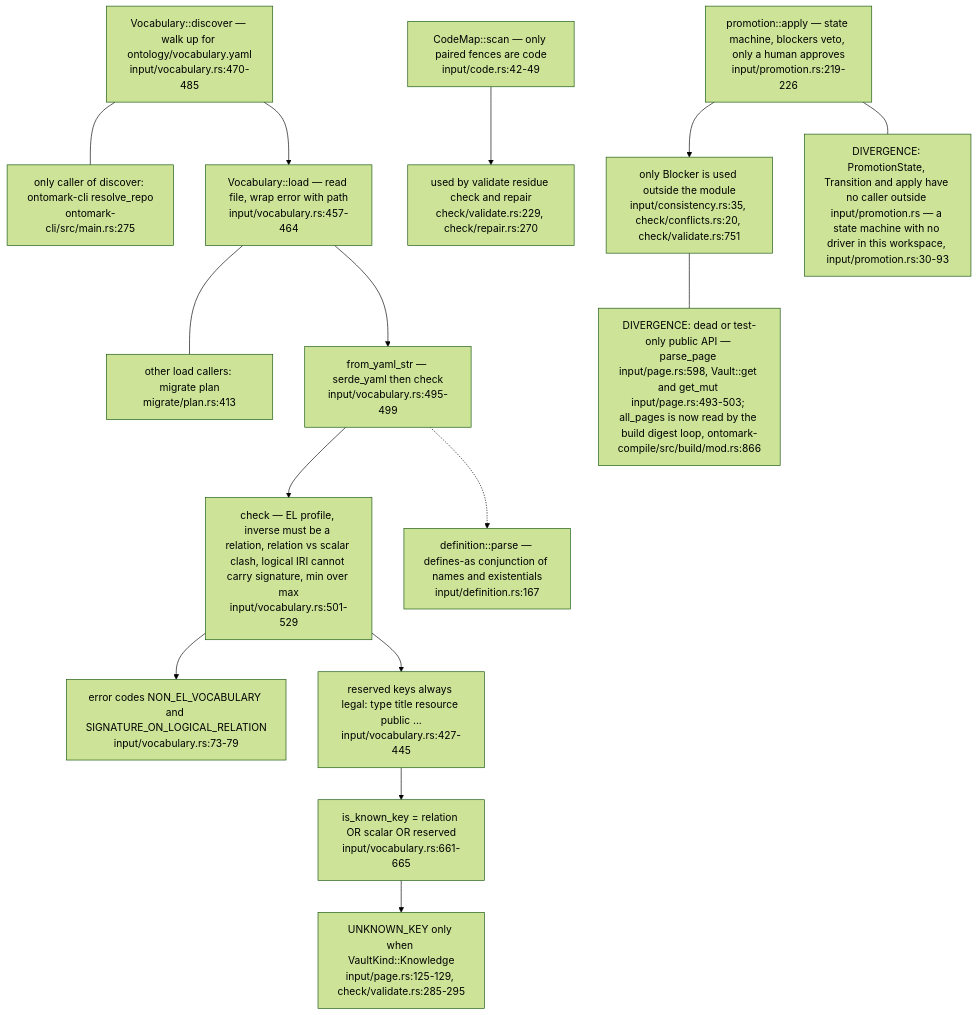
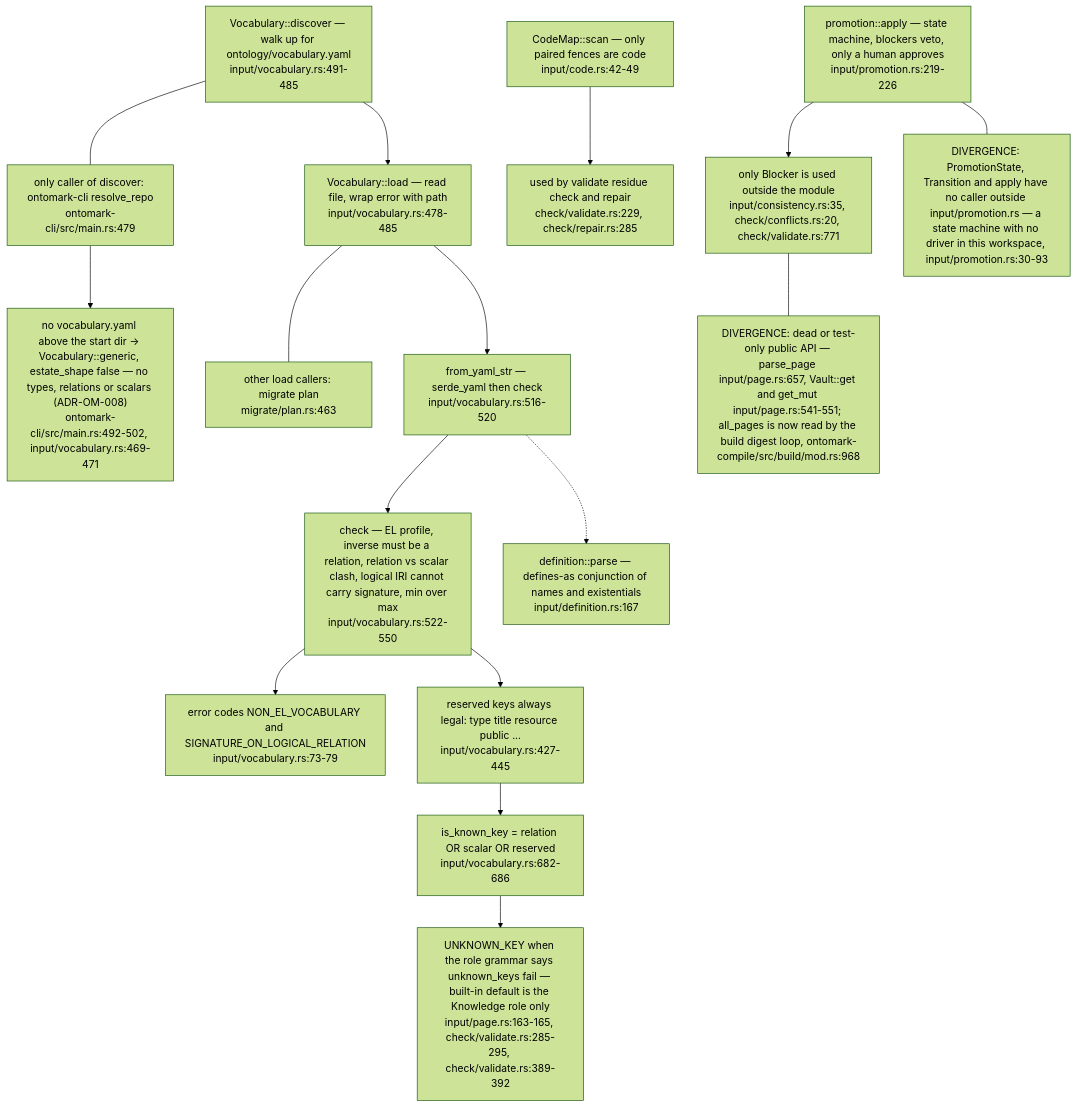
The sixth of 6 diagrams in docs/diagrams/ontomark/01-input-layer-vault-pages-and-gates.md (DreamLab-AI/VisionFlow), drawn with Mermaid (forest theme) before and after one commit. The commit also changed other lines of this file and 160 other files, not shown here.

````diff
--- a/docs/diagrams/ontomark/01-input-layer-vault-pages-and-gates.md
+++ b/docs/diagrams/ontomark/01-input-layer-vault-pages-and-gates.md
@@ -235,29 +243,31 @@
 ```mermaid
 flowchart TD
-    DISC["Vocabulary::discover — walk up for ontology/vocabulary.yaml<br/>input/vocabulary.rs:470-485"]
-    CLIUSE["only caller of discover: ontomark-cli resolve_repo<br/>ontomark-cli/src/main.rs:275"]
-    LOADV["Vocabulary::load — read file, wrap error with path<br/>input/vocabulary.rs:457-464"]
-    LOADERS["other load callers: migrate plan<br/>migrate/plan.rs:413"]
-    FROMYAML["from_yaml_str — serde_yaml then check<br/>input/vocabulary.rs:495-499"]
-    CHECK["check — EL profile, inverse must be a relation, relation vs scalar clash, logical IRI cannot carry signature, min over max<br/>input/vocabulary.rs:501-529"]
+    DISC["Vocabulary::discover — walk up for ontology/vocabulary.yaml<br/>input/vocabulary.rs:491-485"]
+    CLIUSE["only caller of discover: ontomark-cli resolve_repo<br/>ontomark-cli/src/main.rs:479"]
+    GENERIC["no vocabulary.yaml above the start dir → Vocabulary::generic, estate_shape false — no types, relations or scalars (ADR-OM-008)<br/>ontomark-cli/src/main.rs:492-502, input/vocabulary.rs:469-471"]
+    LOADV["Vocabulary::load — read file, wrap error with path<br/>input/vocabulary.rs:478-485"]
+    LOADERS["other load callers: migrate plan<br/>migrate/plan.rs:463"]
+    FROMYAML["from_yaml_str — serde_yaml then check<br/>input/vocabulary.rs:516-520"]
+    CHECK["check — EL profile, inverse must be a relation, relation vs scalar clash, logical IRI cannot carry signature, min over max<br/>input/vocabulary.rs:522-550"]
     NONEL["error codes NON_EL_VOCABULARY and SIGNATURE_ON_LOGICAL_RELATION<br/>input/vocabulary.rs:73-79"]
     RESERVED["reserved keys always legal: type title resource public ...<br/>input/vocabulary.rs:427-445"]
-    KNOWN["is_known_key = relation OR scalar OR reserved<br/>input/vocabulary.rs:661-665"]
-    STRICT["UNKNOWN_KEY only when VaultKind::Knowledge<br/>input/page.rs:125-129, check/validate.rs:285-295"]
+    KNOWN["is_known_key = relation OR scalar OR reserved<br/>input/vocabulary.rs:682-686"]
+    STRICT["UNKNOWN_KEY when the role grammar says unknown_keys fail — built-in default is the Knowledge role only<br/>input/page.rs:163-165, check/validate.rs:285-295, check/validate.rs:389-392"]
     DEFN["definition::parse — defines-as conjunction of names and existentials<br/>input/definition.rs:167"]
     CODE["CodeMap::scan — only paired fences are code<br/>input/code.rs:42-49"]
-    CODEUSE["used by validate residue check and repair<br/>check/validate.rs:229, check/repair.rs:270"]
+    CODEUSE["used by validate residue check and repair<br/>check/validate.rs:229, check/repair.rs:285"]
     PROMO["promotion::apply — state machine, blockers veto, only a human approves<br/>input/promotion.rs:219-226"]
-    PROMOUSE["only Blocker is used outside the module<br/>input/consistency.rs:35, check/conflicts.rs:20, check/validate.rs:751"]
+    PROMOUSE["only Blocker is used outside the module<br/>input/consistency.rs:35, check/conflicts.rs:20, check/validate.rs:771"]
     DISC --> LOADV --> FROMYAML --> CHECK --> NONEL
     DISC --- CLIUSE
+    CLIUSE --> GENERIC
     LOADV --- LOADERS
     CHECK --> RESERVED --> KNOWN --> STRICT
     FROMYAML -.-> DEFN
     CODE --> CODEUSE
     PROMO --> PROMOUSE
     note1["DIVERGENCE: PromotionState, Transition and apply have no caller outside input/promotion.rs — a state machine with no driver in this workspace, input/promotion.rs:30-93"]
-    note2["DIVERGENCE: dead or test-only public API — parse_page input/page.rs:598, Vault::get and get_mut input/page.rs:493-503; all_pages is now read by the build digest loop, ontomark-compile/src/build/mod.rs:866"]
+    note2["DIVERGENCE: dead or test-only public API — parse_page input/page.rs:657, Vault::get and get_mut input/page.rs:541-551; all_pages is now read by the build digest loop, ontomark-compile/src/build/mod.rs:968"]
     PROMO --- note1
     PROMOUSE --- note2
 ```
````
